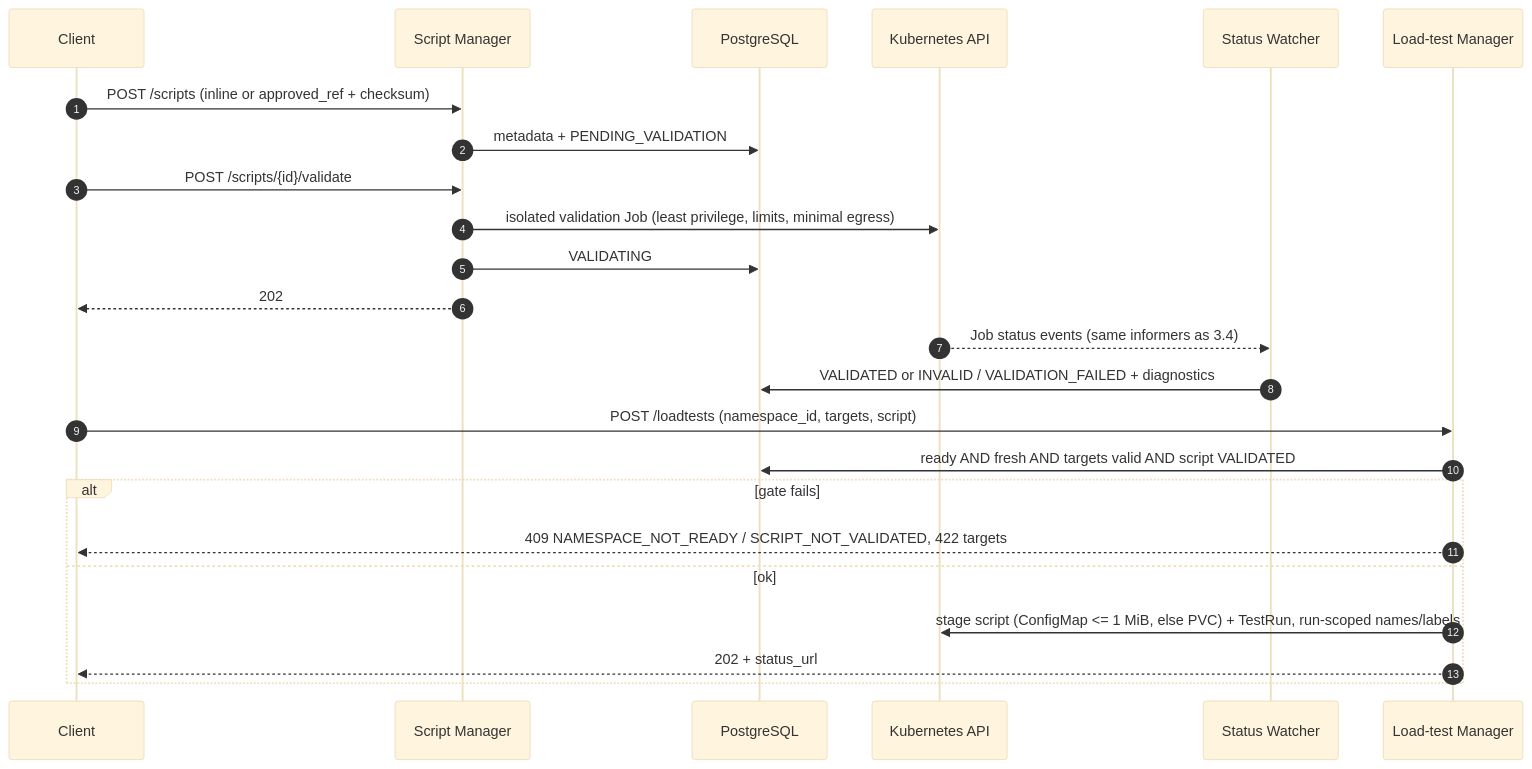
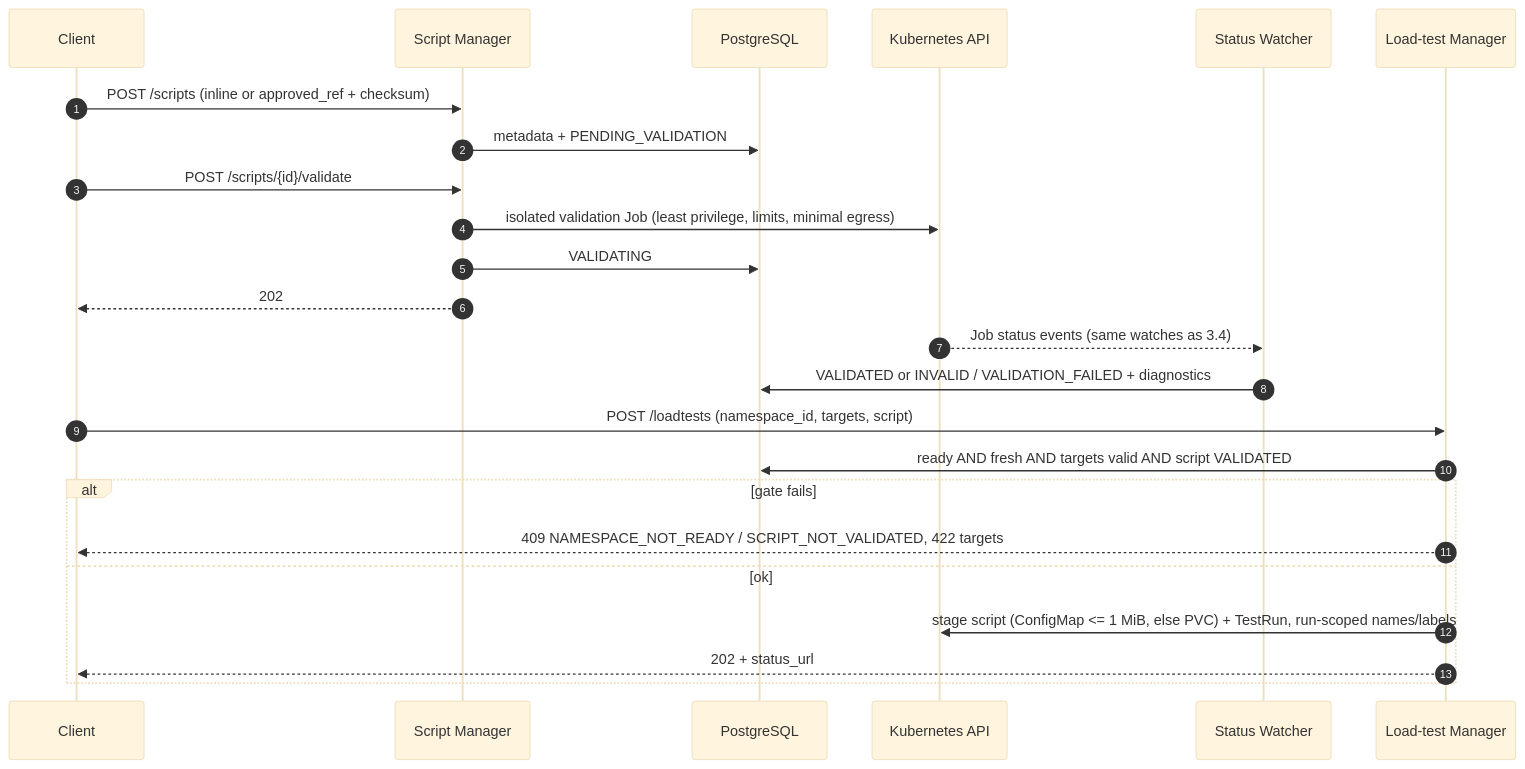
The sixth of 7 diagrams in docs/architecture.md (hungpham10/take-home-assigment), drawn with Mermaid (base theme) before and after one commit. The commit also changed other lines of this file and 19 other files, not shown here.

````diff
--- a/docs/architecture.md
+++ b/docs/architecture.md
@@ -282,28 +342,28 @@
 ```mermaid
 sequenceDiagram
   autonumber
   participant C as Client
   participant S as Script Manager
   participant PG as PostgreSQL
   participant K as Kubernetes API
   participant W as Status Watcher
   participant L as Load-test Manager
 
   C->>S: POST /scripts (inline or approved_ref + checksum)
   S->>PG: metadata + PENDING_VALIDATION
   C->>S: POST /scripts/{id}/validate
   S->>K: isolated validation Job (least privilege, limits, minimal egress)
   S->>PG: VALIDATING
   S-->>C: 202
-  K-->>W: Job status events (same informers as 3.4)
+  K-->>W: Job status events (same watches as 3.4)
   W->>PG: VALIDATED or INVALID / VALIDATION_FAILED + diagnostics
 
   C->>L: POST /loadtests (namespace_id, targets, script)
   L->>PG: ready AND fresh AND targets valid AND script VALIDATED
   alt gate fails
     L-->>C: 409 NAMESPACE_NOT_READY / SCRIPT_NOT_VALIDATED, 422 targets
   else ok
     L->>K: stage script (ConfigMap <= 1 MiB, else PVC) + TestRun, run-scoped names/labels
     L-->>C: 202 + status_url
   end
 ```
````
